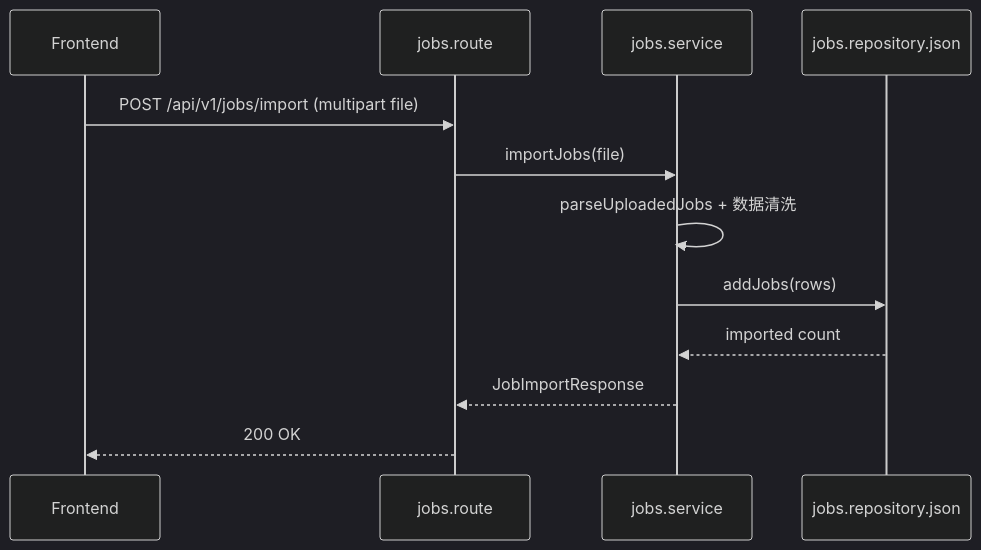
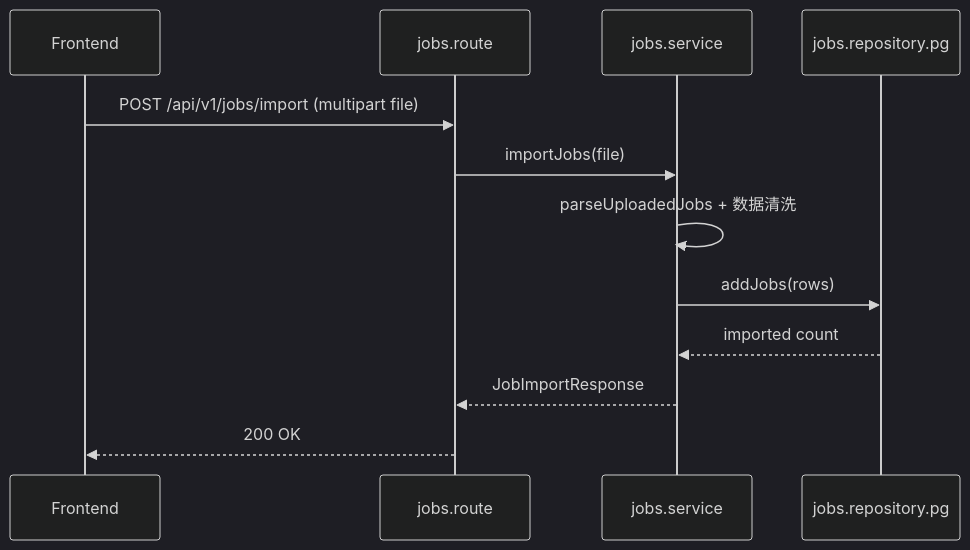
Before and after one commit to youtao19/vision-meet: the second of 3 diagrams in docs/项目技术架构.md, drawn with Mermaid (dark theme). The commit also changed other lines of this file and 54 other files, not shown here.

````diff
--- a/docs/项目技术架构.md
+++ b/docs/项目技术架构.md
@@ -148,14 +145,14 @@
 ```mermaid
 sequenceDiagram
   participant FE as Frontend
   participant RT as jobs.route
   participant SV as jobs.service
-  participant RP as jobs.repository.json
+  participant RP as jobs.repository.pg
   FE->>RT: POST /api/v1/jobs/import (multipart file)
   RT->>SV: importJobs(file)
   SV->>SV: parseUploadedJobs + 数据清洗
   SV->>RP: addJobs(rows)
   RP-->>SV: imported count
   SV-->>RT: JobImportResponse
   RT-->>FE: 200 OK
 ```
````
